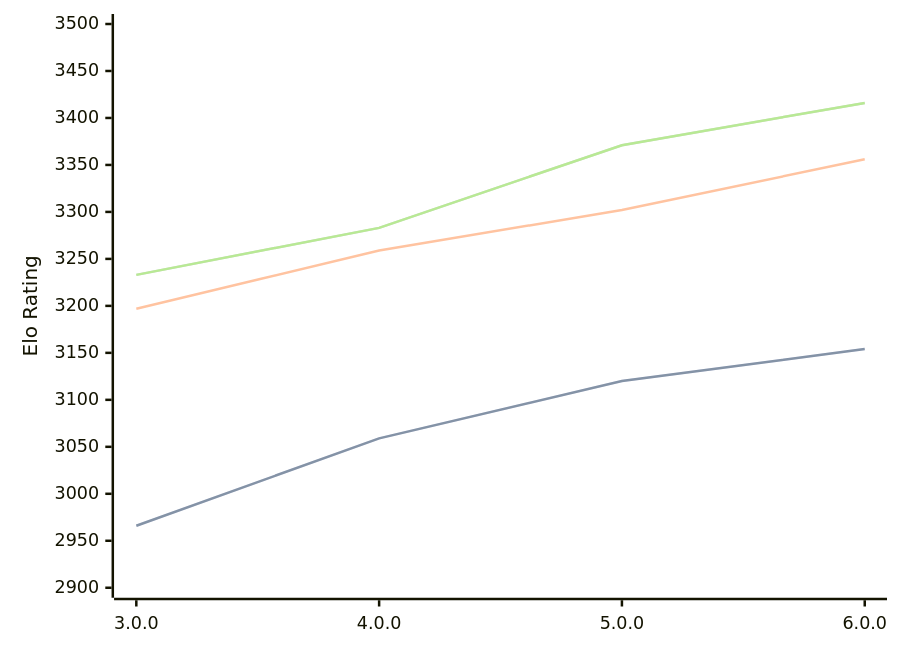
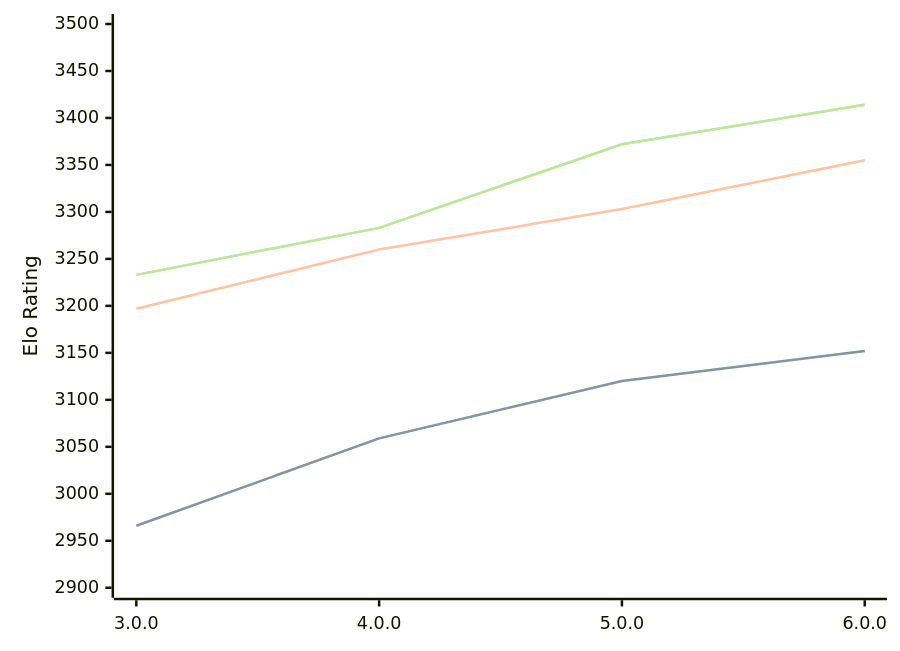
One commit to computer-chess-index/cci changed the diagram in engines/Minke.md. Above: the diagram before and after it, drawn with Mermaid. The commit also changed other lines of this file, not shown here.

Commit message:
Update CCI Ratings (ELO VLTC) - 2026-05-21

````diff
--- a/engines/Minke.md
+++ b/engines/Minke.md
@@ -36,11 +36,11 @@
 ```mermaid
 %%{init: {"theme":"base","themeVariables":{"seriesColors:['#a3a3a3','#222221','#faa371']}}}%%
 xychart-beta
   x-axis ["3.0.0", "4.0.0", "5.0.0", "6.0.0"]
   y-axis "Elo Rating" 2900 --> 3500
-  line "STC (8.0+0.08s)" [2966, 3059, 3120, 3154]
-  line "STC (8.0+0.08s)" [2966, 3059, 3120, 3154]
-  line "LTC (60.0+0.60s)" [3197, 3259, 3302, 3356]
-  line "VLTC (2m24s+1.12s)" [3233, 3283, 3371, 3416]
-  line "VLTC (2m24s+1.12s)" [3233, 3283, 3371, 3416]
+  line "STC (8.0+0.08s)" [2966, 3059, 3120, 3152]
+  line "STC (8.0+0.08s)" [2966, 3059, 3120, 3152]
+  line "LTC (60.0+0.60s)" [3197, 3260, 3303, 3355]
+  line "VLTC (2m24s+1.12s)" [3233, 3283, 3372, 3414]
+  line "VLTC (2m24s+1.12s)" [3233, 3283, 3372, 3414]
 ```
````
